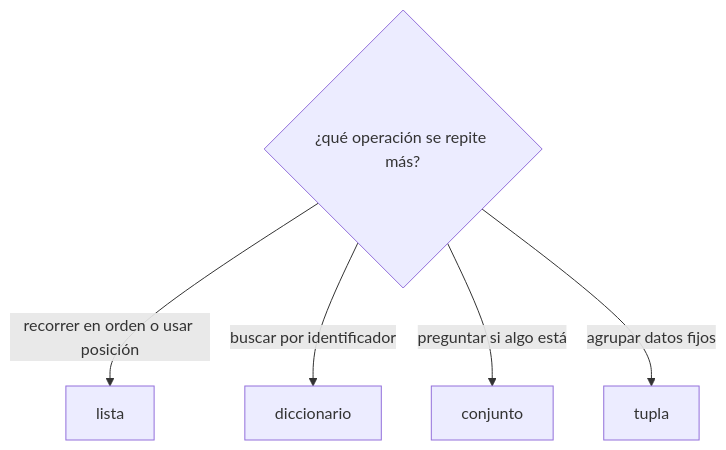
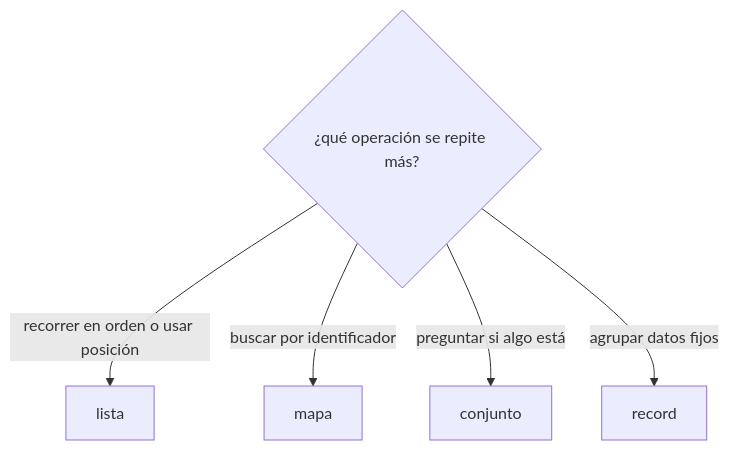
One commit to NICORUIZ93/The_Imperial_Book changed the first of 8 diagrams in web/public/content/foundations/modulo-2.md. Above: the diagram before and after it, drawn with Mermaid. The commit also changed other lines of this file and 1 other file, not shown here.

````diff
--- a/web/public/content/foundations/modulo-2.md
+++ b/web/public/content/foundations/modulo-2.md
@@ -137,8 +136,8 @@
 ```mermaid
 flowchart TD
     Q{"¿qué operación se repite más?"}
     Q -->|"recorrer en orden o usar posición"| LIST["lista"]
-    Q -->|"buscar por identificador"| MAP["diccionario"]
+    Q -->|"buscar por identificador"| MAP["mapa"]
     Q -->|"preguntar si algo está"| SET["conjunto"]
-    Q -->|"agrupar datos fijos"| TUPLE["tupla"]
+    Q -->|"agrupar datos fijos"| TUPLE["record"]
 ```
````
